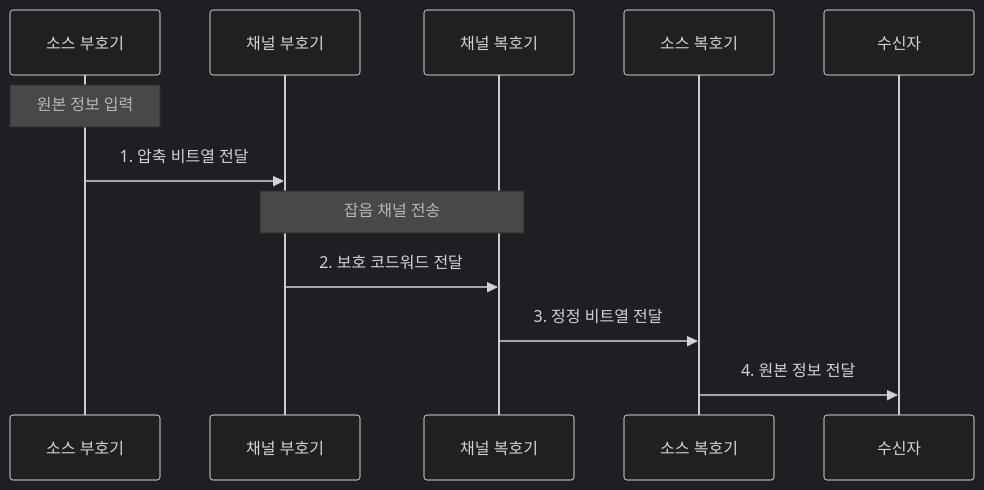
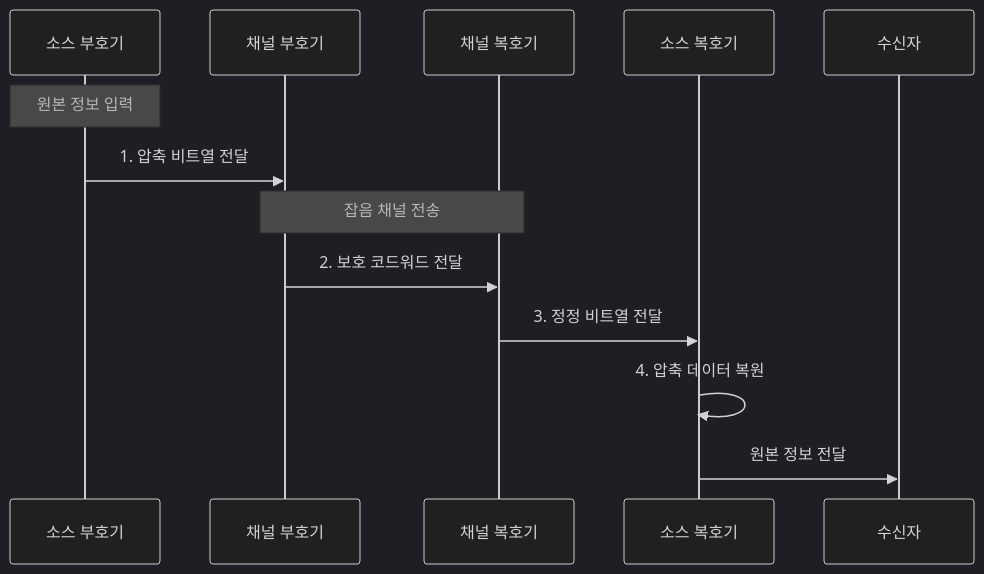
The second of 2 diagrams in src/content/docs/notes/01-basic-theory/030_source_vs_channel_coding.md (agnusdei1207/knowledge-base), drawn with Mermaid (dark theme) before and after one commit. The commit also changed other lines of this file and 20 other files, not shown here.

````diff
--- a/src/content/docs/notes/01-basic-theory/030_source_vs_channel_coding.md
+++ b/src/content/docs/notes/01-basic-theory/030_source_vs_channel_coding.md
@@ -86,14 +86,15 @@
 ```mermaid
 sequenceDiagram
     participant SE as 소스 부호기
     participant CE as 채널 부호기
     participant CD as 채널 복호기
     participant SD as 소스 복호기
     participant R as 수신자
     Note over SE: 원본 정보 입력
     SE->>CE: 1. 압축 비트열 전달
     Note over CE,CD: 잡음 채널 전송
     CE->>CD: 2. 보호 코드워드 전달
     CD->>SD: 3. 정정 비트열 전달
-    SD->>R: 4. 원본 정보 전달
+    SD->>SD: 4. 압축 데이터 복원
+    SD->>R: 원본 정보 전달
 ```
````
